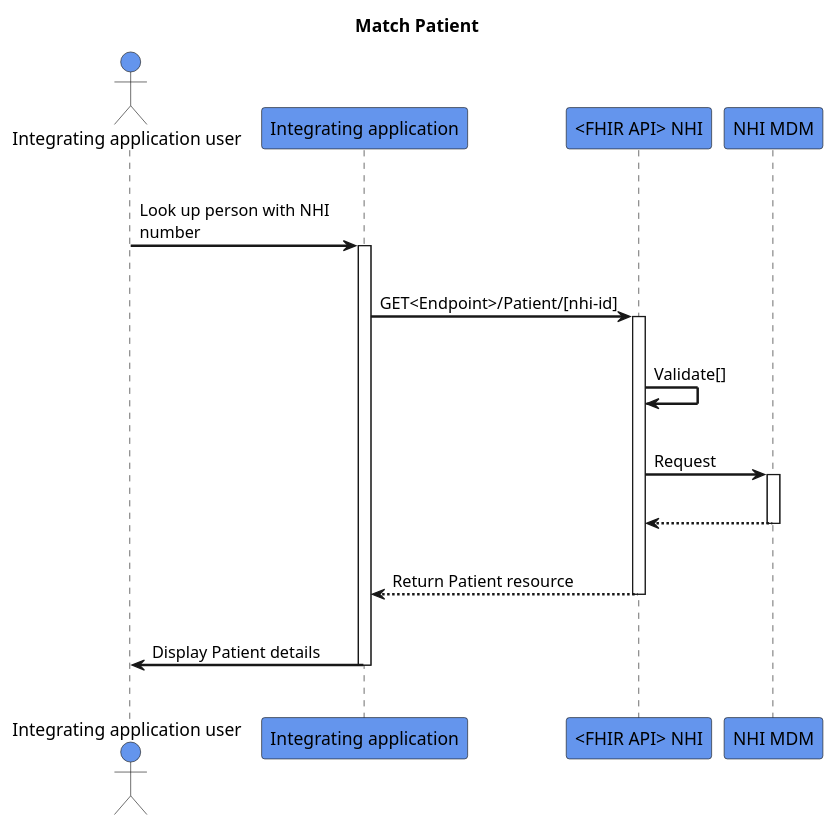
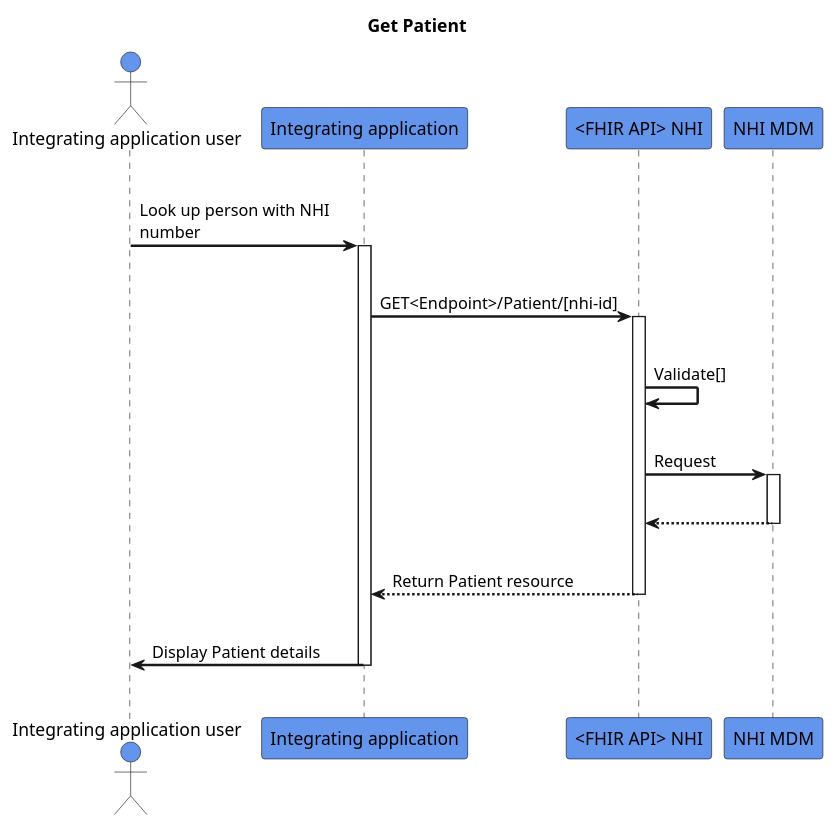
Before and after one commit to HL7NZ/nhi: the diagram in input/images-source/get-patient.plantuml, drawn with PlantUML.

```diff
--- a/input/images-source/get-patient.plantuml
+++ b/input/images-source/get-patient.plantuml
@@ -1,32 +1,32 @@
 @startuml
 skinparam sequenceArrowThickness 2
 skinparam roundcorner 5
 skinparam maxmessagesize 180
 skinparam sequenceParticipant bold
-title Match Patient
+title Get Patient
 actor "Integrating application user" as User #CornflowerBlue
 participant "Integrating application" as A #CornflowerBlue
 participant "<FHIR API> NHI" as B #CornflowerBlue
 participant "NHI MDM" as C #CornflowerBlue
 |||
 User -> A: Look up person with NHI number
 activate A
 |||
 A -> B: GET<Endpoint>/Patient/[nhi-id]
 activate B
 |||
 B -> B: Validate[]
 |||
 B -> C: Request
 activate C
 |||
 C -[dashed]-> B:  
 deactivate C
 |||
 B -[dashed]-> A :Return Patient resource
 deactivate B
 |||
 A -> User: Display Patient details
 deactivate A
 |||
 @enduml
```
